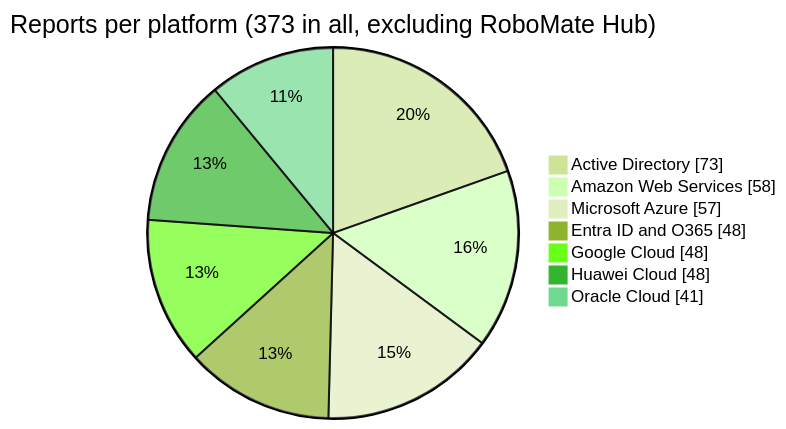
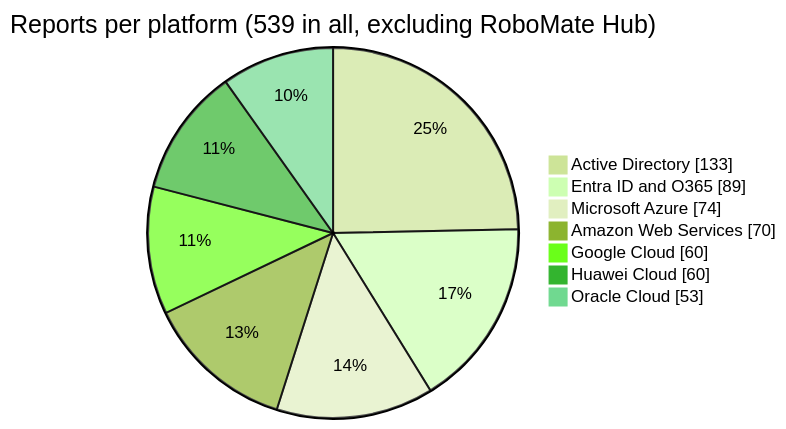
Before and after one commit to MarcoFekry/RoboMate-CloudAutomation: the second of 13 diagrams in README.md, drawn with Mermaid (forest theme). The commit also changed other lines of this file, not shown here.

````diff
--- a/README.md
+++ b/README.md
@@ -256,11 +216,11 @@
 ```mermaid
 pie showData
-    title Reports per platform (373 in all, excluding RoboMate Hub)
-    "Active Directory" : 73
-    "Amazon Web Services" : 58
-    "Microsoft Azure" : 57
-    "Entra ID and O365" : 48
-    "Google Cloud" : 48
-    "Huawei Cloud" : 48
-    "Oracle Cloud" : 41
+    title Reports per platform (539 in all, excluding RoboMate Hub)
+    "Active Directory" : 133
+    "Entra ID and O365" : 89
+    "Microsoft Azure" : 74
+    "Amazon Web Services" : 70
+    "Google Cloud" : 60
+    "Huawei Cloud" : 60
+    "Oracle Cloud" : 53
 ```
````
